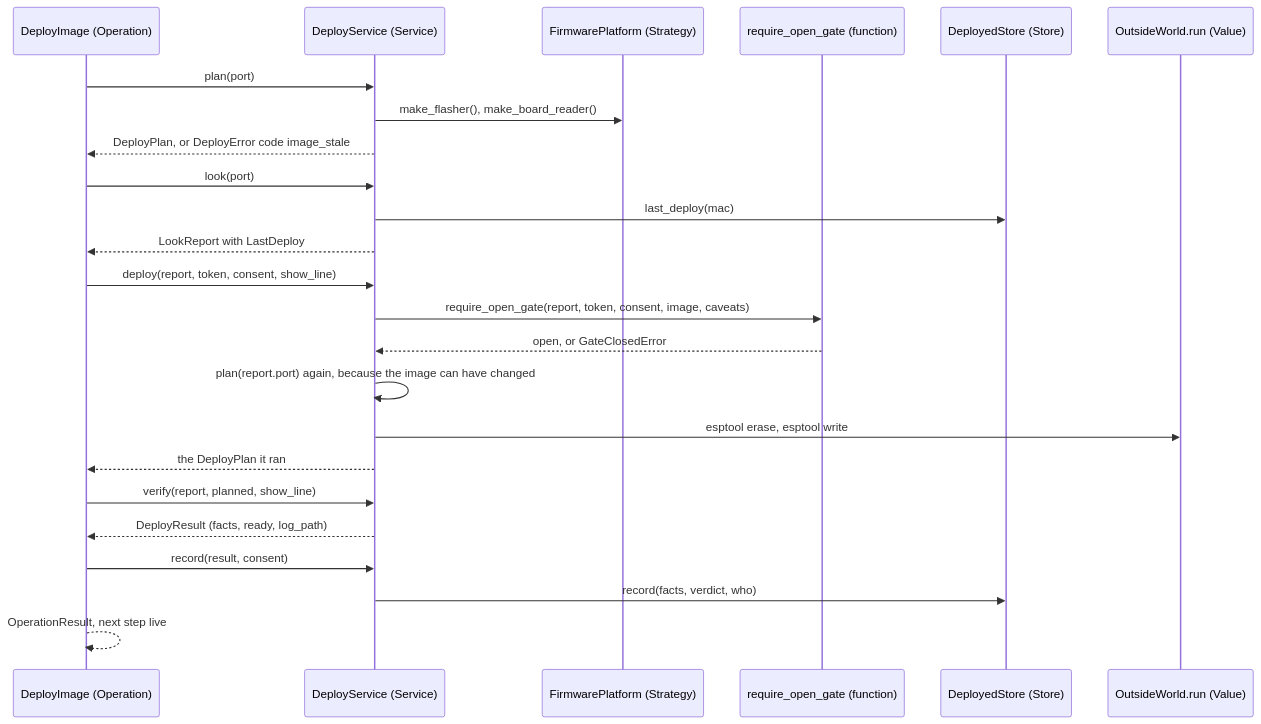
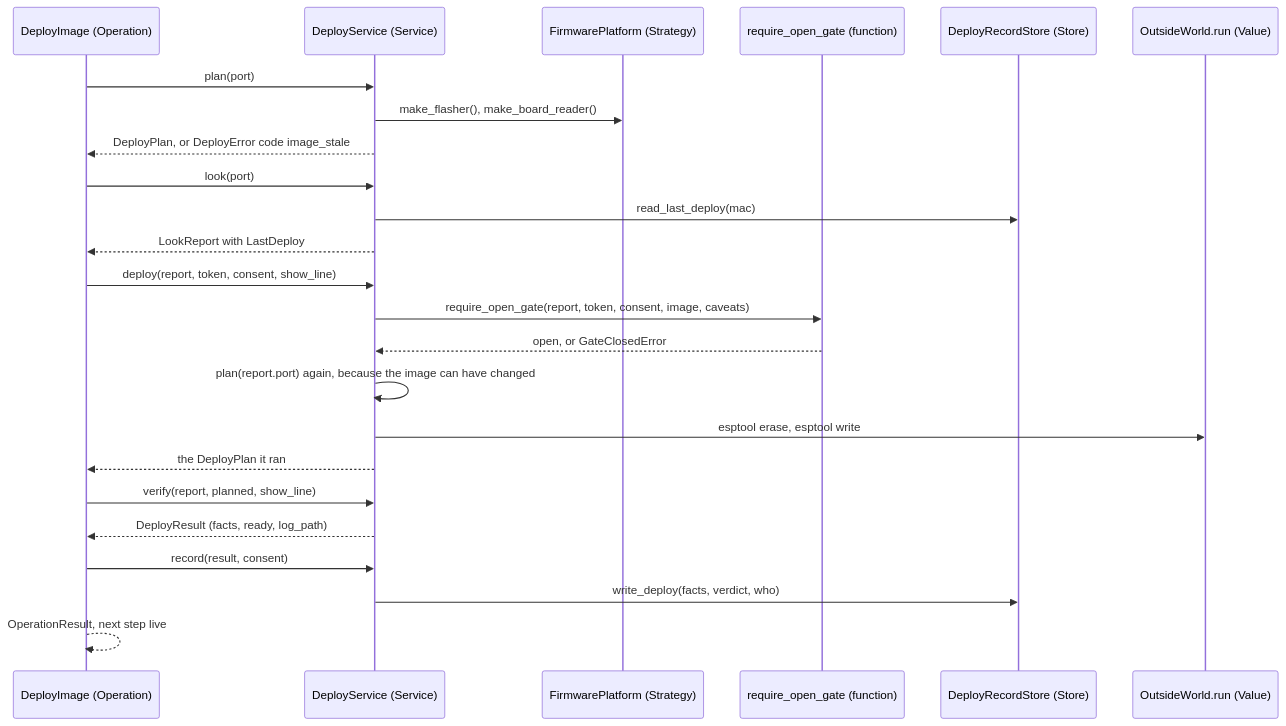
One commit to xmejkal/spark changed the fourth of 5 diagrams in docs/discovery/2026-10-19-p323-target-architecture/architecture/refactor-plan.md. Above: the diagram before and after it, drawn with Mermaid. The commit also changed other lines of this file and 9 other files, not shown here.

````diff
--- a/docs/discovery/2026-10-19-p323-target-architecture/architecture/refactor-plan.md
+++ b/docs/discovery/2026-10-19-p323-target-architecture/architecture/refactor-plan.md
@@ -173,26 +174,26 @@
 ```mermaid
 sequenceDiagram
   participant OP as DeployImage (Operation)
   participant DS as DeployService (Service)
   participant PL as FirmwarePlatform (Strategy)
   participant GT as require_open_gate (function)
-  participant ST as DeployedStore (Store)
+  participant ST as DeployRecordStore (Store)
   participant OW as OutsideWorld.run (Value)
   OP->>DS: plan(port)
   DS->>PL: make_flasher(), make_board_reader()
   DS-->>OP: DeployPlan, or DeployError code image_stale
   OP->>DS: look(port)
-  DS->>ST: last_deploy(mac)
+  DS->>ST: read_last_deploy(mac)
   DS-->>OP: LookReport with LastDeploy
   OP->>DS: deploy(report, token, consent, show_line)
   DS->>GT: require_open_gate(report, token, consent, image, caveats)
   GT-->>DS: open, or GateClosedError
   DS->>DS: plan(report.port) again, because the image can have changed
   DS->>OW: esptool erase, esptool write
   DS-->>OP: the DeployPlan it ran
   OP->>DS: verify(report, planned, show_line)
   DS-->>OP: DeployResult (facts, ready, log_path)
   OP->>DS: record(result, consent)
-  DS->>ST: record(facts, verdict, who)
+  DS->>ST: write_deploy(facts, verdict, who)
   OP-->>OP: OperationResult, next step live
 ```
````
